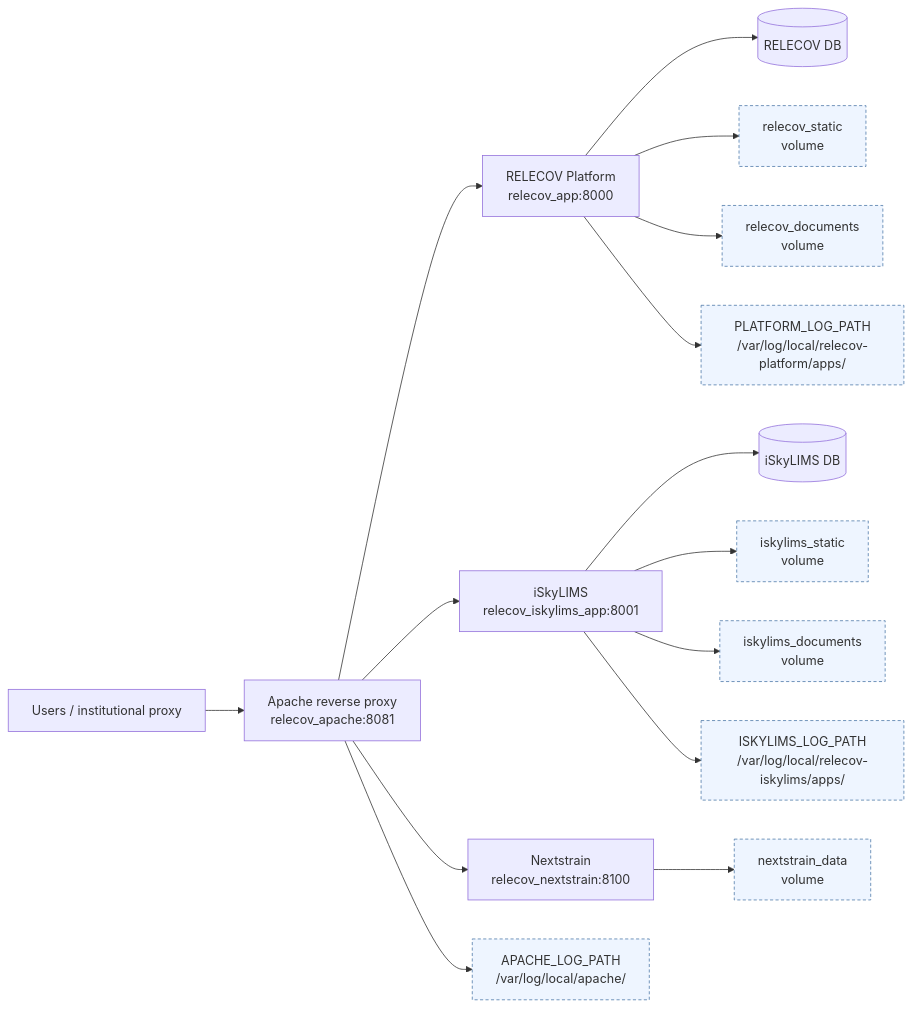
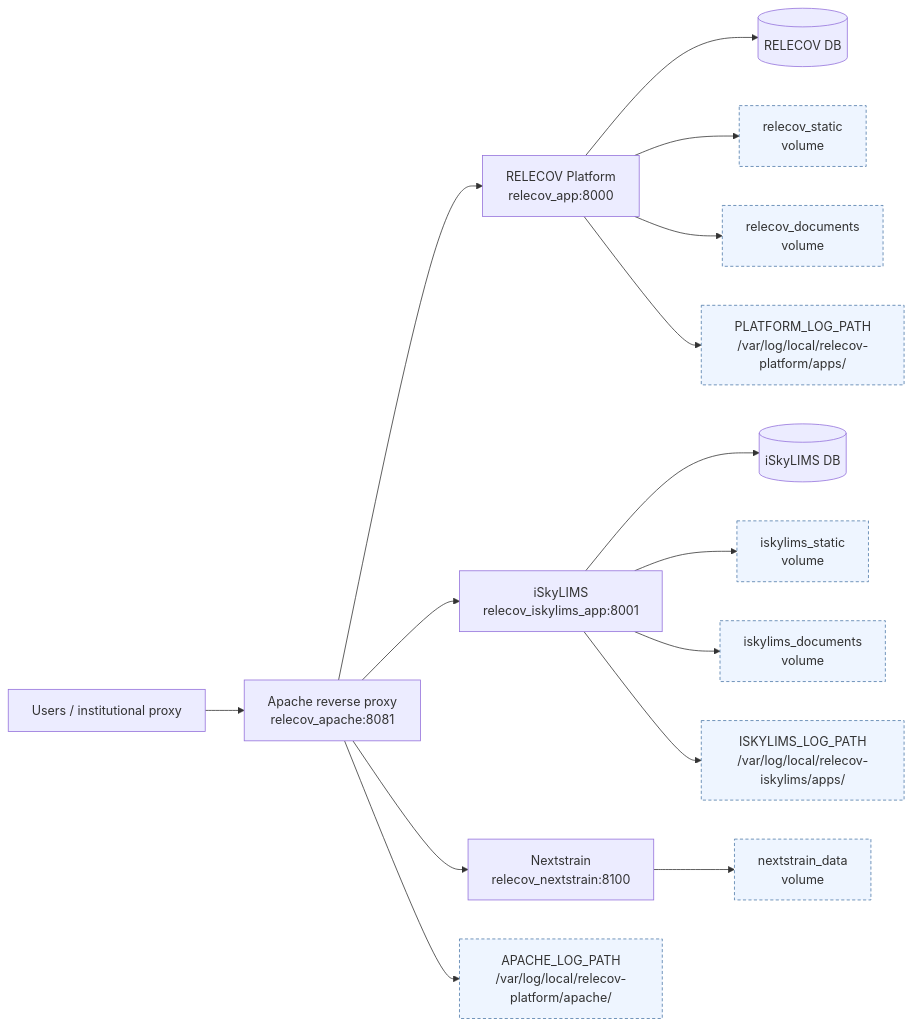
The diagram in README.md (BU-ISCIII/relecov-platform), drawn with Mermaid before and after one commit. The commit also changed other lines of this file and 6 other files, not shown here.

Commit message:
Use RELECOV Platform Apache log path

````diff
--- a/README.md
+++ b/README.md
@@ -49,24 +49,24 @@
 ```mermaid
 flowchart LR
     user[Users / institutional proxy] --> apache[Apache reverse proxy<br/>relecov_apache:8081]
 
     apache --> platform[RELECOV Platform<br/>relecov_app:8000]
     apache --> iskylims[iSkyLIMS<br/>relecov_iskylims_app:8001]
     apache --> nextstrain[Nextstrain<br/>relecov_nextstrain:8100]
 
     platform --> platform_db[(RELECOV DB)]
     iskylims --> iskylims_db[(iSkyLIMS DB)]
 
     platform --> platform_static[relecov_static<br/>volume]
     platform --> platform_docs[relecov_documents<br/>volume]
     iskylims --> iskylims_static[iskylims_static<br/>volume]
     iskylims --> iskylims_docs[iskylims_documents<br/>volume]
     nextstrain --> nextstrain_data[nextstrain_data<br/>volume]
 
-    apache --> apache_logs[APACHE_LOG_PATH<br/>/var/log/local/apache/]
+    apache --> apache_logs[APACHE_LOG_PATH<br/>/var/log/local/relecov-platform/apache/]
     platform --> platform_logs[PLATFORM_LOG_PATH<br/>/var/log/local/relecov-platform/apps/]
     iskylims --> iskylims_logs[ISKYLIMS_LOG_PATH<br/>/var/log/local/relecov-iskylims/apps/]
 
     class platform_static,platform_docs,iskylims_static,iskylims_docs,nextstrain_data,apache_logs,platform_logs,iskylims_logs volume
     classDef volume fill:#eef5ff,stroke:#4c78a8,stroke-dasharray: 4 3
 ```
````
